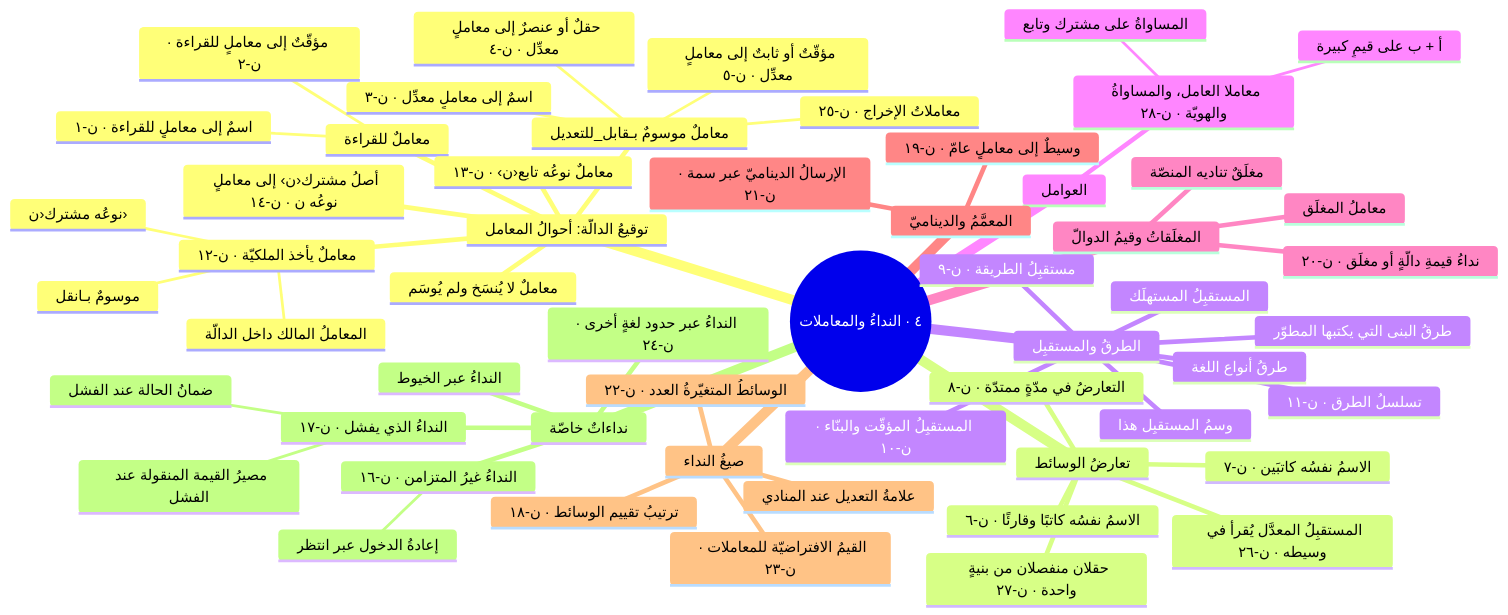
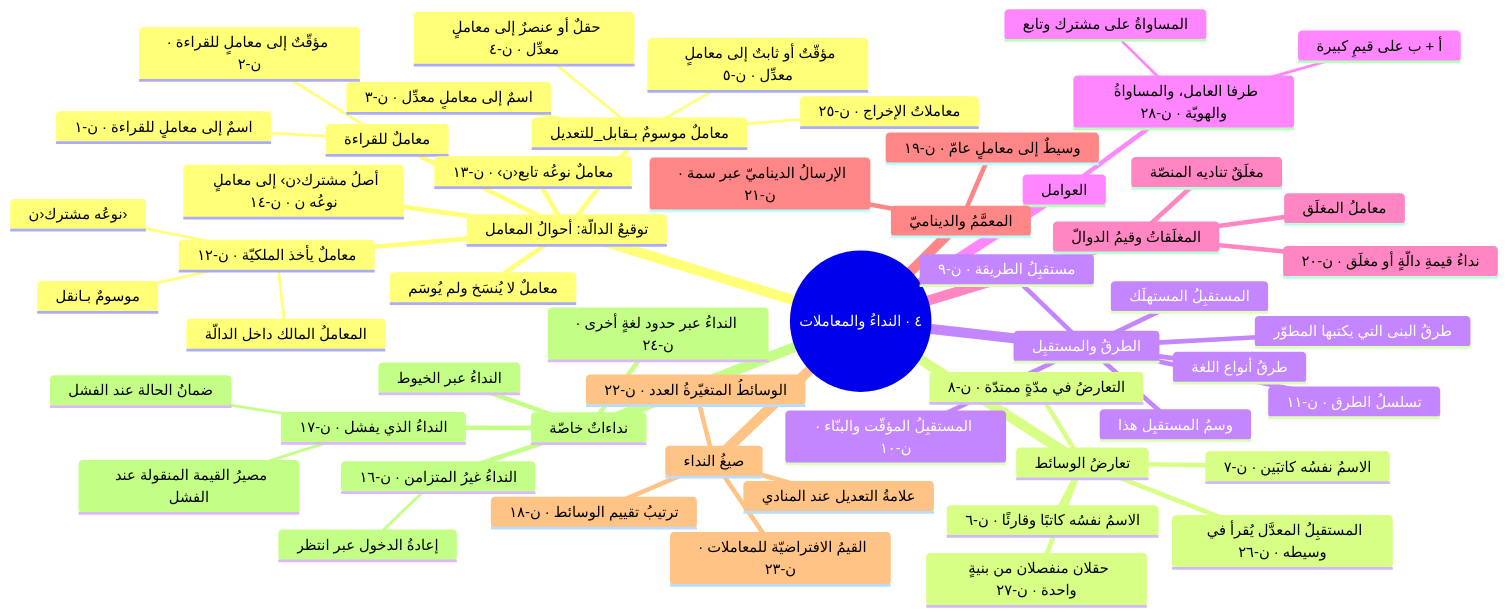
The sixth of 15 diagrams in مواصفة/انظمة/الملكية/خارطة/خارطة_نظام_الملكية.md (sadlang/sad_lang_design), drawn with Mermaid before and after one commit. The commit also changed other lines of this file and 27 other files, not shown here.

````diff
--- a/مواصفة/انظمة/الملكية/خارطة/خارطة_نظام_الملكية.md
+++ b/مواصفة/انظمة/الملكية/خارطة/خارطة_نظام_الملكية.md
@@ -346,58 +346,58 @@
 ```mermaid
 mindmap
   root((٤ · النداءُ والمعاملات))
     توقيعُ الدالّة: أحوالُ المعامل
       معاملٌ للقراءة
         اسمٌ إلى معاملٍ للقراءة · ن‑١
         مؤقّتٌ إلى معاملٍ للقراءة · ن‑٢
       معاملٌ موسومٌ بـقابل_للتعديل
         اسمٌ إلى معاملٍ معدِّل · ن‑٣
         حقلٌ أو عنصرٌ إلى معاملٍ معدِّل · ن‑٤
         مؤقّتٌ أو ثابتٌ إلى معاملٍ معدِّل · ن‑٥
         معاملاتُ الإخراج · ن‑٢٥
       معاملٌ يأخذ الملكيّة · ن‑١٢
         موسومٌ بـانقل
         نوعُه مشترك‹ن›
         المعاملُ المالك داخل الدالّة
       معاملٌ نوعُه تابع‹ن› · ن‑١٣
       أصلُ مشترك‹ن› إلى معاملٍ نوعُه ن · ن‑١٤
       معاملٌ لا يُنسَخ ولم يُوسَم
     تعارضُ الوسائط
       الاسمُ نفسُه كاتبًا وقارئًا · ن‑٦
       الاسمُ نفسُه كاتبَين · ن‑٧
       التعارضُ في مدّةٍ ممتدّة · ن‑٨
       المستقبِلُ المعدَّل يُقرأ في وسيطه · ن‑٢٦
       حقلان منفصلان من بنيةٍ واحدة · ن‑٢٧
     الطرقُ والمستقبِل
       مستقبِلُ الطريقة · ن‑٩
       المستقبِلُ المؤقّت والبنّاء · ن‑١٠
       تسلسلُ الطرق · ن‑١١
       طرقُ أنواع اللغة
       طرقُ البنى التي يكتبها المطوّر
       وسمُ المستقبِل هذا
       المستقبِلُ المستهلَك
     العوامل
-      معاملا العامل، والمساواةُ والهويّة · ن‑٢٨
+      طرفا العامل، والمساواةُ والهويّة · ن‑٢٨
         أ + ب على قيمٍ كبيرة
         المساواةُ على مشترك وتابع
     المغلَقاتُ وقيمُ الدوالّ
       نداءُ قيمةِ دالّةٍ أو مغلَق · ن‑٢٠
       معاملُ المغلَق
       مغلَقٌ تناديه المنصّة
     المعمَّمُ والديناميّ
       وسيطٌ إلى معاملٍ عامّ · ن‑١٩
       الإرسالُ الديناميّ عبر سمة · ن‑٢١
     صيغُ النداء
       ترتيبُ تقييم الوسائط · ن‑١٨
       الوسائطُ المتغيّرةُ العدد · ن‑٢٢
       القيمُ الافتراضيّة للمعاملات · ن‑٢٣
       علامةُ التعديل عند المنادي
     نداءاتٌ خاصّة
       النداءُ الذي يفشل · ن‑١٧
         ضمانُ الحالة عند الفشل
         مصيرُ القيمة المنقولة عند الفشل
       النداءُ غيرُ المتزامن · ن‑١٦
         إعادةُ الدخول عبر انتظر
       النداءُ عبر حدود لغةٍ أخرى · ن‑٢٤
       النداءُ عبر الخيوط
 ```
````
